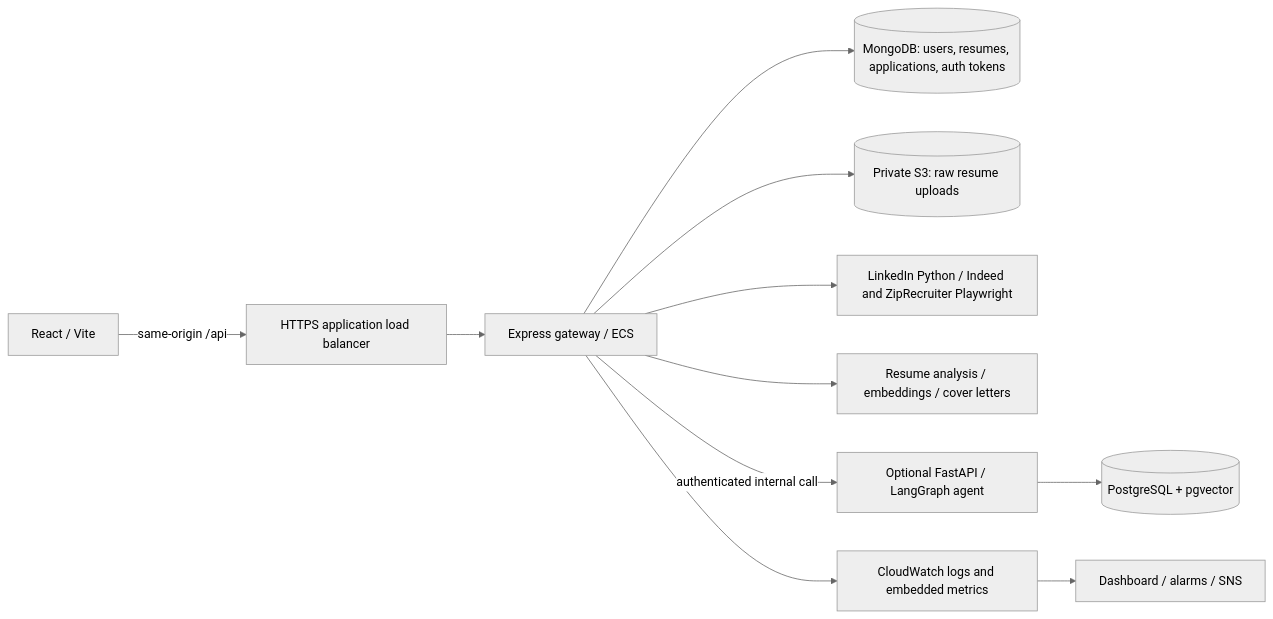
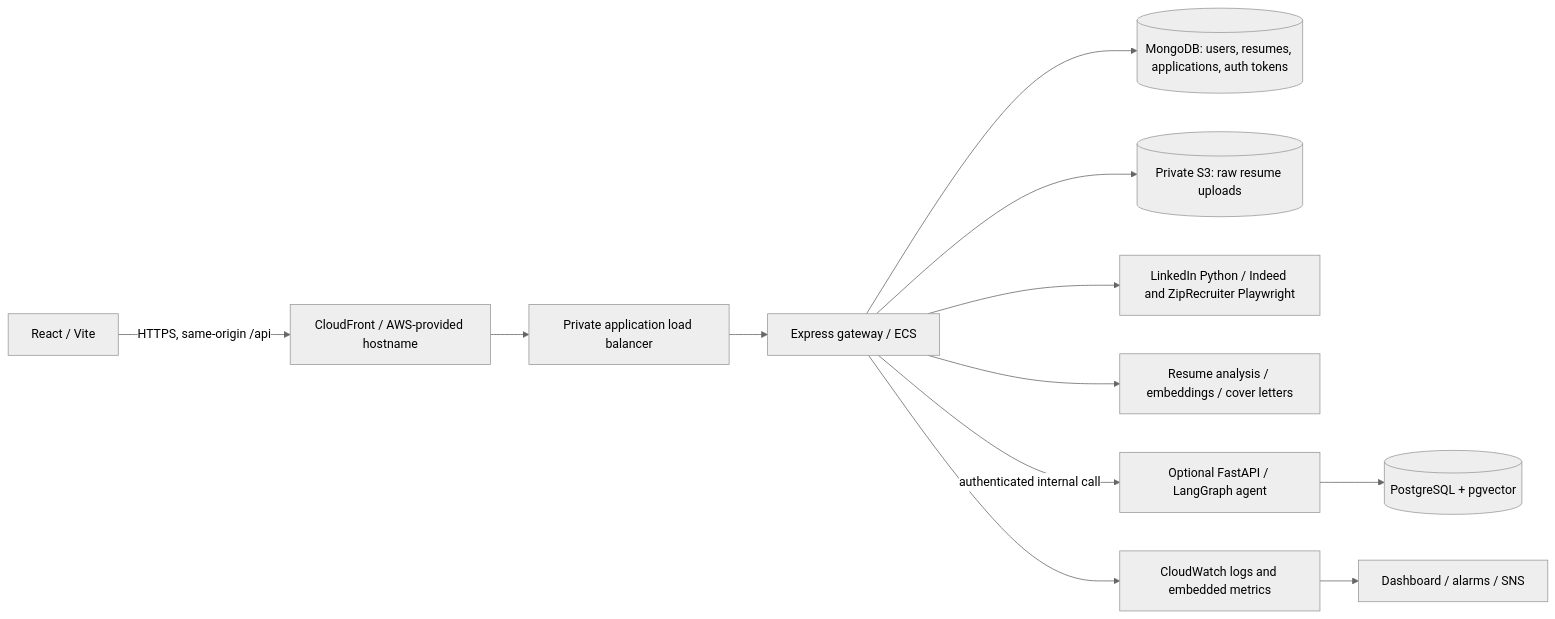
One commit to Mei0707/GradHunt changed the diagram in docs/architecture.md. Above: the diagram before and after it, drawn with Mermaid (neutral theme). The commit also changed other lines of this file and 20 other files, not shown here.

Commit message:
implement CloudFront HTTPS

````diff
--- a/docs/architecture.md
+++ b/docs/architecture.md
@@ -5,13 +5,14 @@
 ```mermaid
 flowchart LR
-  Browser[React / Vite] -->|same-origin /api| ALB[HTTPS application load balancer]
+  Browser[React / Vite] -->|HTTPS, same-origin /api| Edge[CloudFront / AWS-provided hostname]
+  Edge --> ALB[Private application load balancer]
   ALB --> Gateway[Express gateway / ECS]
   Gateway --> Mongo[(MongoDB: users, resumes, applications, auth tokens)]
   Gateway --> Uploads[(Private S3: raw resume uploads)]
   Gateway --> Scrapers[LinkedIn Python / Indeed and ZipRecruiter Playwright]
   Gateway --> AI[Resume analysis / embeddings / cover letters]
   Gateway -->|authenticated internal call| Agent[Optional FastAPI / LangGraph agent]
   Agent --> Postgres[(PostgreSQL + pgvector)]
   Gateway --> Logs[CloudWatch logs and embedded metrics]
   Logs --> Alarms[Dashboard / alarms / SNS]
 ```
````
